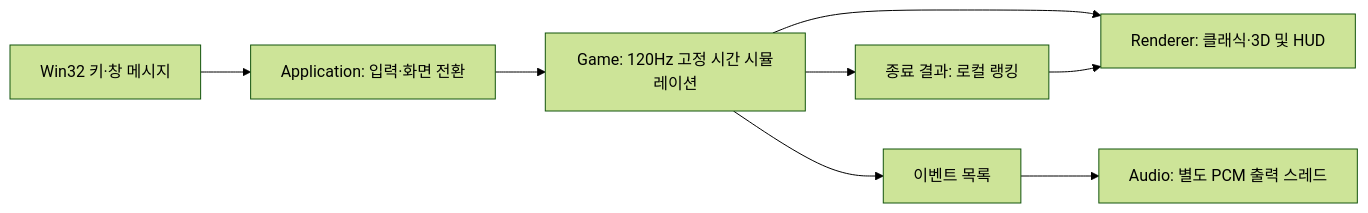
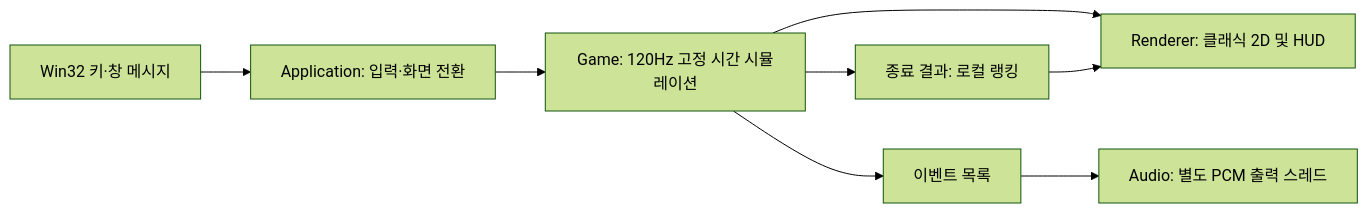
Before and after one commit to 2026PM-final-project/final-project: the diagram in README.md, drawn with Mermaid (forest theme). The commit also changed other lines of this file and 8 other files, not shown here.

````diff
--- a/README.md
+++ b/README.md
@@ -149,10 +148,10 @@
 ```mermaid
 flowchart LR
     W[Win32 키·창 메시지] --> A[Application: 입력·화면 전환]
     A --> G[Game: 120Hz 고정 시간 시뮬레이션]
-    G --> R[Renderer: 클래식·3D 및 HUD]
+    G --> R[Renderer: 클래식 2D 및 HUD]
     G --> E[이벤트 목록]
     E --> S[Audio: 별도 PCM 출력 스레드]
     G --> K[종료 결과: 로컬 랭킹]
     K --> R
 ```
````
